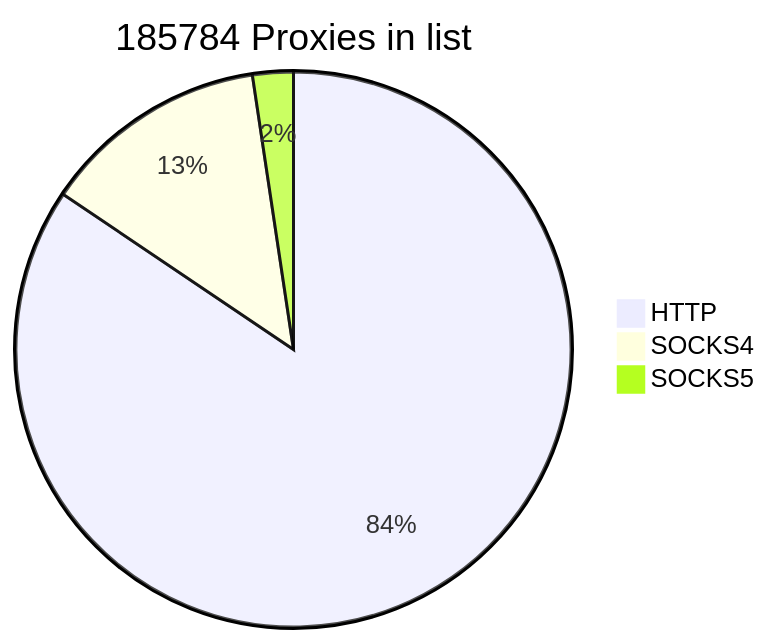
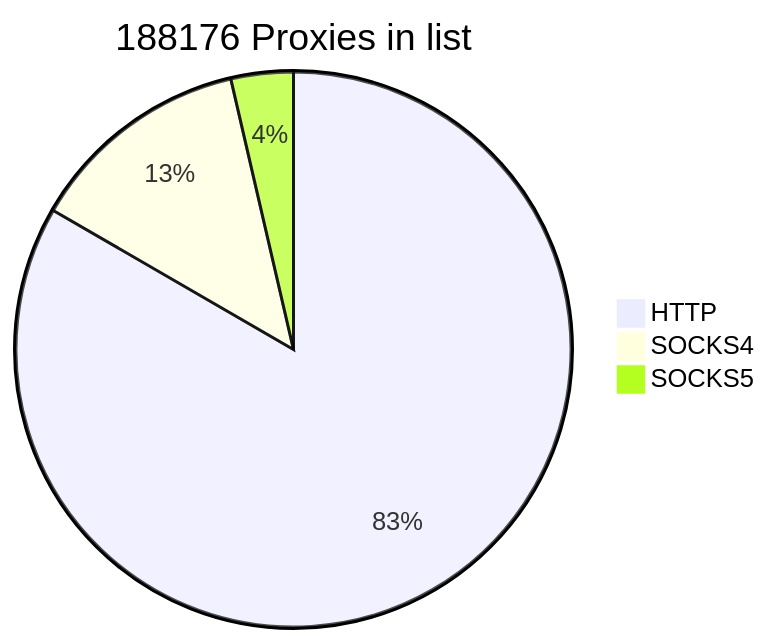
One commit to cutipu/proxylist changed the first of 2 diagrams in README.md. Above: the diagram before and after it, drawn with Mermaid. The commit also changed other lines of this file, not shown here.

````diff
--- a/README.md
+++ b/README.md
@@ -2,7 +2,7 @@
 ```mermaid
-pie title 185784 Proxies in list
-    "HTTP" : 156876
+pie title 188176 Proxies in list
+    "HTTP" : 156850
     "SOCKS4" : 24507
-    "SOCKS5" : 4401
+    "SOCKS5" : 6819
             
 ```
````
